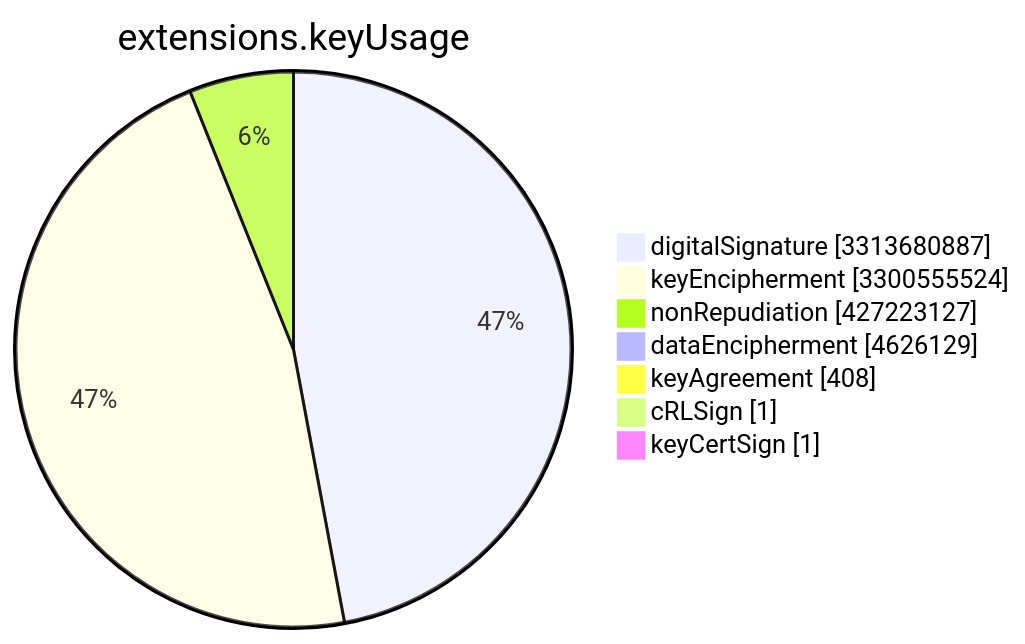
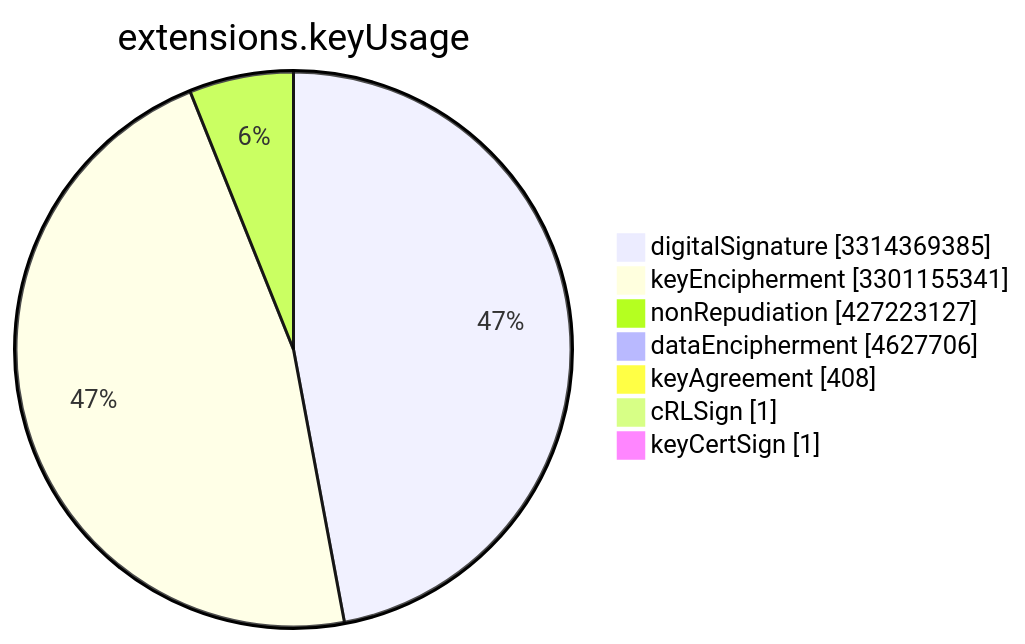
Before and after one commit to christiankrug/ctmonitor_visualization: the sixth of 15 diagrams in TOTAL/README.md, drawn with Mermaid. The commit also changed other lines of this file, not shown here.

````diff
--- a/TOTAL/README.md
+++ b/TOTAL/README.md
@@ -3078,11 +3078,11 @@
 ```mermaid
 pie showData
 title extensions.keyUsage
-"digitalSignature" :3313680887
-"keyEncipherment" :3300555524
+"digitalSignature" :3314369385
+"keyEncipherment" :3301155341
 "nonRepudiation" :427223127
-"dataEncipherment" :4626129
+"dataEncipherment" :4627706
 "keyAgreement" :408
 "cRLSign" :1
 "keyCertSign" :1
 ```
````
